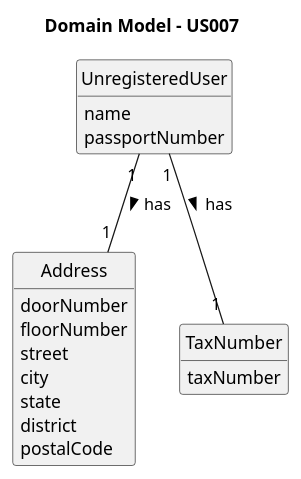
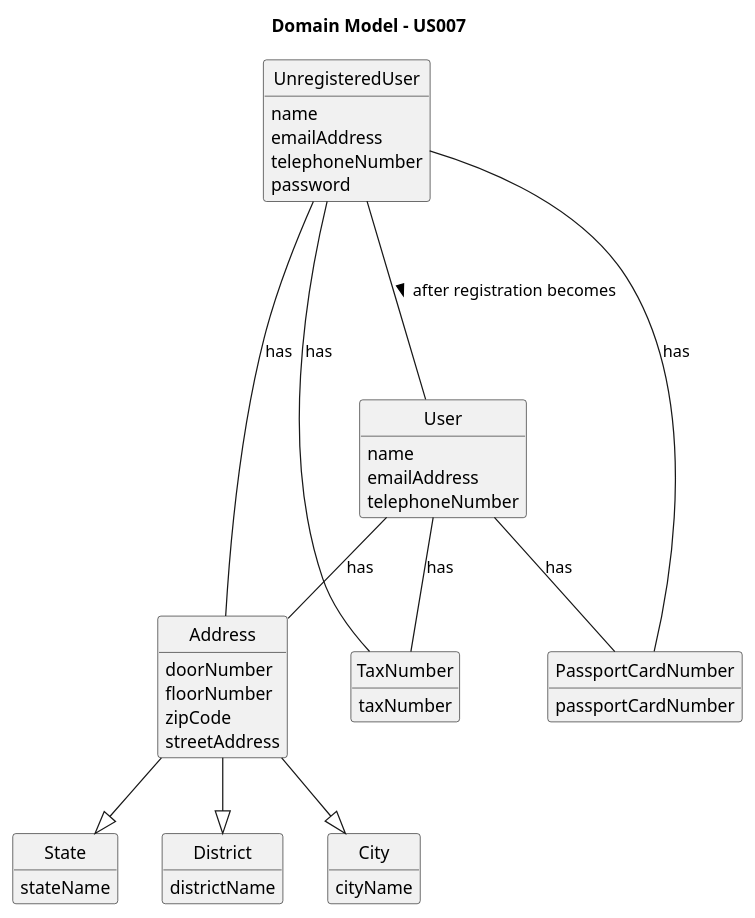
Before and after one commit to 1220812/LAPR2: the diagram in docs/sprintB/us007/02.analysis/puml/us007-domain-model.puml, drawn with PlantUML. The commit also changed 19 other files, not shown here.

```diff
--- a/docs/sprintB/us007/02.analysis/puml/us007-domain-model.puml
+++ b/docs/sprintB/us007/02.analysis/puml/us007-domain-model.puml
@@ -1,37 +1,66 @@
 @startuml
 skinparam monochrome true
 skinparam packageStyle rectangle
 skinparam shadowing false
 
 'left to right direction
 
 skinparam classAttributeIconSize 0
 
 hide circle
 hide methods
 
 title Domain Model - US007
 
-class UnregisteredUser{
-name
-passportNumber
-}
-
 class Address{
 doorNumber
 floorNumber
-street
-city
-state
-district
-postalCode
+zipCode
+streetAddress
+}
+
+class State{
+stateName
+}
+
+class District{
+districtName
+}
+
+class City{
+cityName
+}
+
+class UnregisteredUser{
+name
+emailAddress
+telephoneNumber
+password
+}
+
+class User{
+name
+emailAddress
+telephoneNumber
+}
+
+class PassportCardNumber{
+passportCardNumber
 }
 
 class TaxNumber{
 taxNumber
 }
 
-UnregisteredUser "1" -- "1" Address : has >
-UnregisteredUser "1" -- "1" TaxNumber : has >
+Address --|> State
+Address --|> City
+Address --|> District
+UnregisteredUser --- User : after registration becomes >
+UnregisteredUser -- Address : has
+User -- Address : has
+UnregisteredUser --- TaxNumber : has
+UnregisteredUser -- PassportCardNumber : has
+User -- TaxNumber : has
+User -- PassportCardNumber : has
 
 @enduml
```
